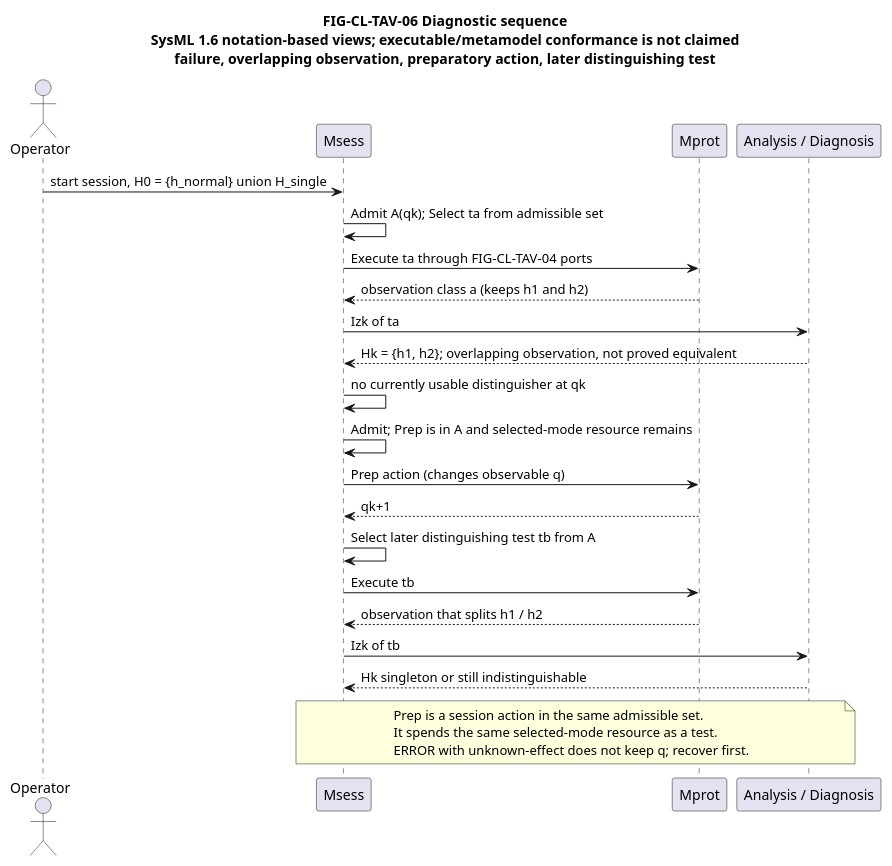
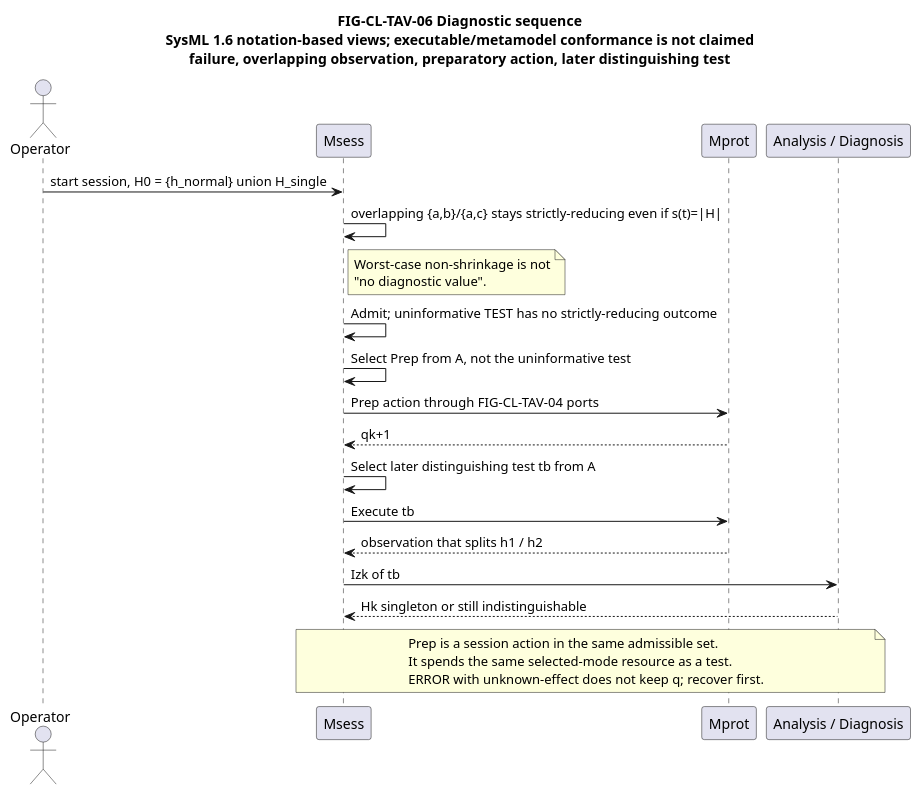
The diagram in docs/research/publication/models/FIG-CL-TAV-06-diagnostic-sequence.puml (ZhangChi0727/arinc-615a-conformance), drawn with PlantUML before and after one commit. The commit also changed 10 other files, not shown here.

First line of the commit message:
docs: unify strictly-reducing selection, recovery eligibility, and stop priority

```diff
--- a/docs/research/publication/models/FIG-CL-TAV-06-diagnostic-sequence.puml
+++ b/docs/research/publication/models/FIG-CL-TAV-06-diagnostic-sequence.puml
@@ -1,30 +1,30 @@
 @startuml FIG-CL-TAV-06
 skinparam shadowing false
 title FIG-CL-TAV-06 Diagnostic sequence\nSysML 1.6 notation-based views; executable/metamodel conformance is not claimed\nfailure, overlapping observation, preparatory action, later distinguishing test
 
 actor Operator
 participant "Msess" as S
 participant "Mprot" as P
 participant "Analysis / Diagnosis" as A
 
 Operator -> S : start session, H0 = {h_normal} union H_single
-S -> S : Admit A(qk); Select ta from admissible set
-S -> P : Execute ta through FIG-CL-TAV-04 ports
-P --> S : observation class a (keeps h1 and h2)
-S -> A : Izk of ta
-A --> S : Hk = {h1, h2}; overlapping observation, not proved equivalent
-S -> S : no currently usable distinguisher at qk
-S -> S : Admit; Prep is in A and selected-mode resource remains
-S -> P : Prep action (changes observable q)
+S -> S : overlapping {a,b}/{a,c} stays strictly-reducing even if s(t)=|H|
+note right of S
+  Worst-case non-shrinkage is not
+  "no diagnostic value".
+end note
+S -> S : Admit; uninformative TEST has no strictly-reducing outcome
+S -> S : Select Prep from A, not the uninformative test
+S -> P : Prep action through FIG-CL-TAV-04 ports
 P --> S : qk+1
 S -> S : Select later distinguishing test tb from A
 S -> P : Execute tb
 P --> S : observation that splits h1 / h2
 S -> A : Izk of tb
 A --> S : Hk singleton or still indistinguishable
 note over S, A
   Prep is a session action in the same admissible set.
   It spends the same selected-mode resource as a test.
   ERROR with unknown-effect does not keep q; recover first.
 end note
 @enduml
```
